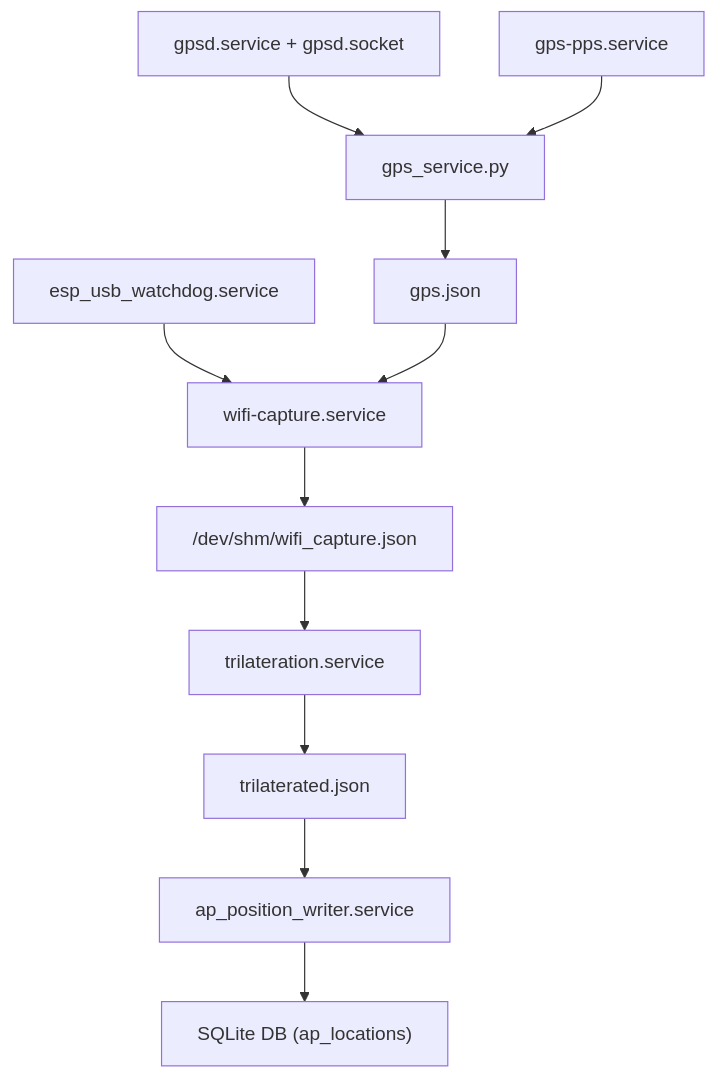
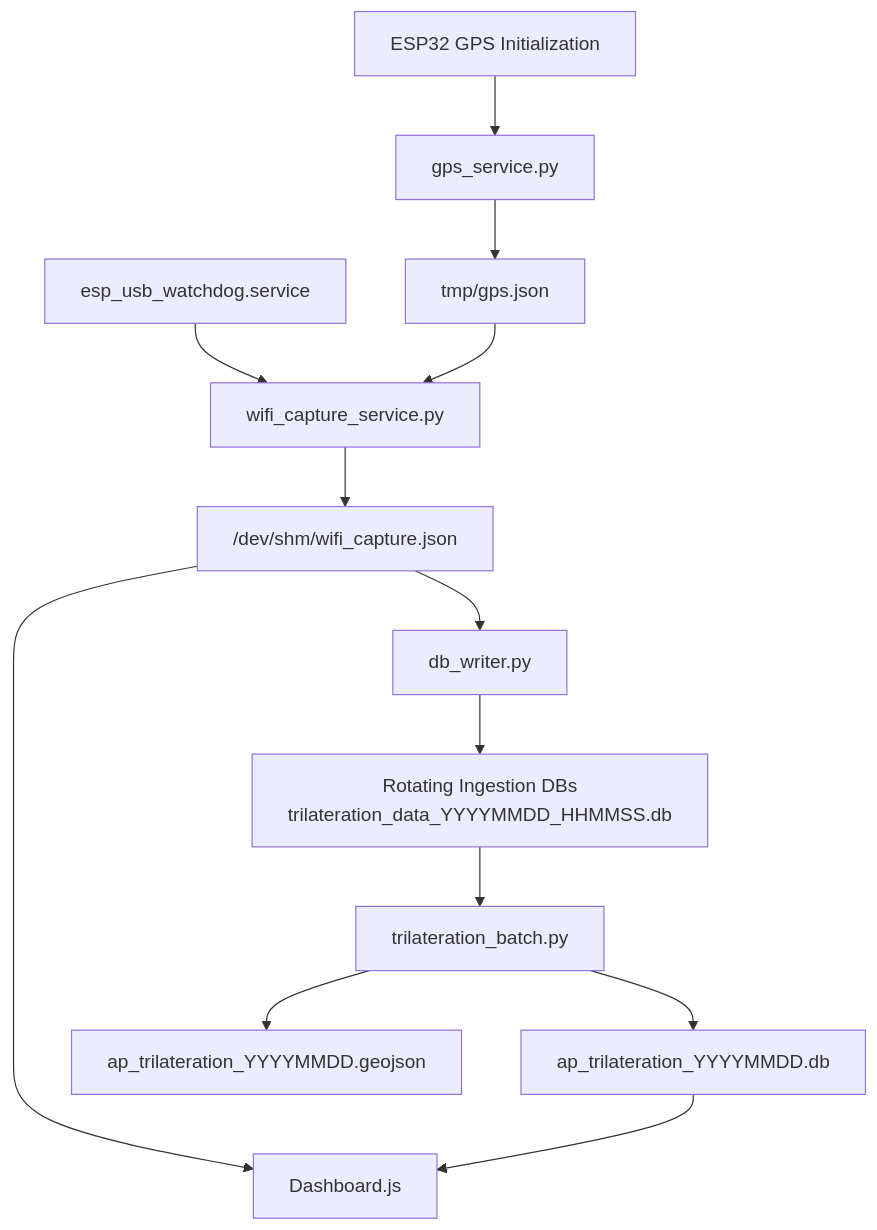
Before and after one commit to sbejarano/WiFi_Promiscuous: the diagram in gps.md, drawn with Mermaid.

Commit message:
Update GPS flowchart with new services and files

````diff
--- a/gps.md
+++ b/gps.md
@@ -1,31 +1,38 @@
 ```mermaid
 flowchart TD
-    gpsd["gpsd.service + gpsd.socket"]
-    pps["gps-pps.service"]
+
+    gpsinit["ESP32 GPS Initialization"]
     gpssvc["gps_service.py"]
-    gpsjson["gps.json"]
+    gpsjson["tmp/gps.json"]
 
     espwd["esp_usb_watchdog.service"]
-    wificap["wifi-capture.service"]
+    wificap["wifi_capture_service.py"]
     capjson["/dev/shm/wifi_capture.json"]
 
-    trilat["trilateration.service"]
-    triljson["trilaterated.json"]
+    dbwriter["db_writer.py"]
+    ingestdb["Rotating Ingestion DBs<br/>trilateration_data_YYYYMMDD_HHMMSS.db"]
 
-    apwriter["ap_position_writer.service"]
-    db["SQLite DB (ap_locations)"]
+    batch["trilateration_batch.py"]
+    apdb["ap_trilateration_YYYYMMDD.db"]
+    geojson["ap_trilateration_YYYYMMDD.geojson"]
 
-    gpsd --> gpssvc
-    pps --> gpssvc
+    dashboard["Dashboard.js"]
+
+    gpsinit --> gpssvc
     gpssvc --> gpsjson
 
     espwd --> wificap
     gpsjson --> wificap
     wificap --> capjson
 
-    capjson --> trilat
-    trilat --> triljson
+    capjson --> dbwriter
+    dbwriter --> ingestdb
 
-    triljson --> apwriter
-    apwriter --> db
+    ingestdb --> batch
+
+    batch --> apdb
+    batch --> geojson
+
+    capjson --> dashboard
+    apdb --> dashboard
 ```
````
